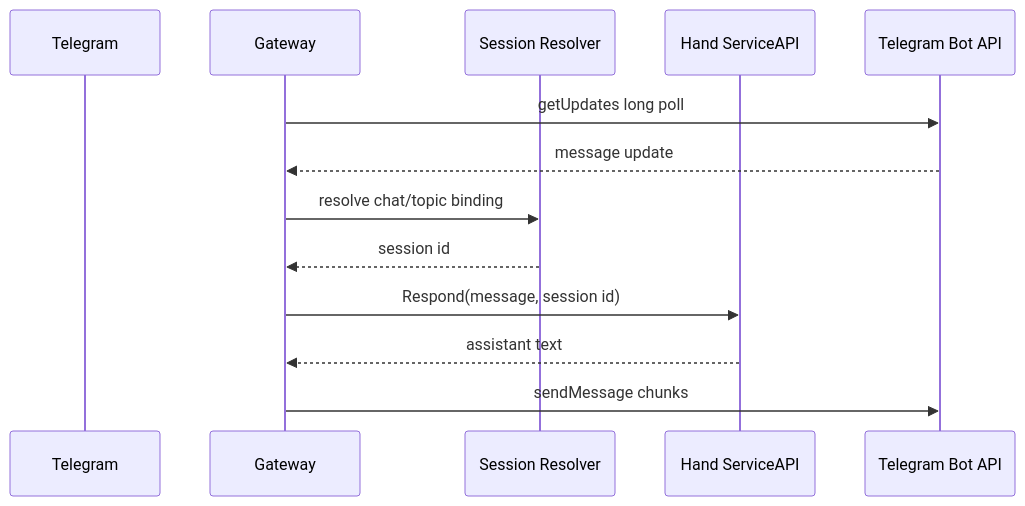
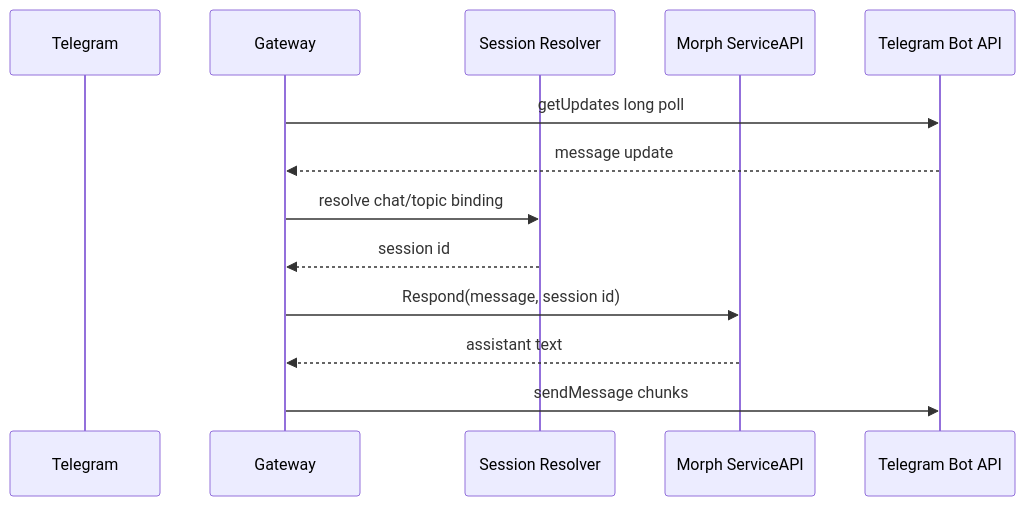
The third of 3 diagrams in docs/plans/2026-06-05-002-feat-daemon-gateway-integrations-plan.md (ncodes/hand), drawn with Mermaid before and after one commit. The commit also changed other lines of this file and 3 other files, not shown here.

````diff
--- a/docs/plans/2026-06-05-002-feat-daemon-gateway-integrations-plan.md
+++ b/docs/plans/2026-06-05-002-feat-daemon-gateway-integrations-plan.md
@@ -147,16 +147,16 @@
 ```mermaid
 sequenceDiagram
   participant Telegram
   participant Gateway
   participant Resolver as Session Resolver
-  participant Agent as Hand ServiceAPI
+  participant Agent as Morph ServiceAPI
   participant BotAPI as Telegram Bot API
 
   Gateway->>BotAPI: getUpdates long poll
   BotAPI-->>Gateway: message update
   Gateway->>Resolver: resolve chat/topic binding
   Resolver-->>Gateway: session id
   Gateway->>Agent: Respond(message, session id)
   Agent-->>Gateway: assistant text
   Gateway->>BotAPI: sendMessage chunks
 ```
````
